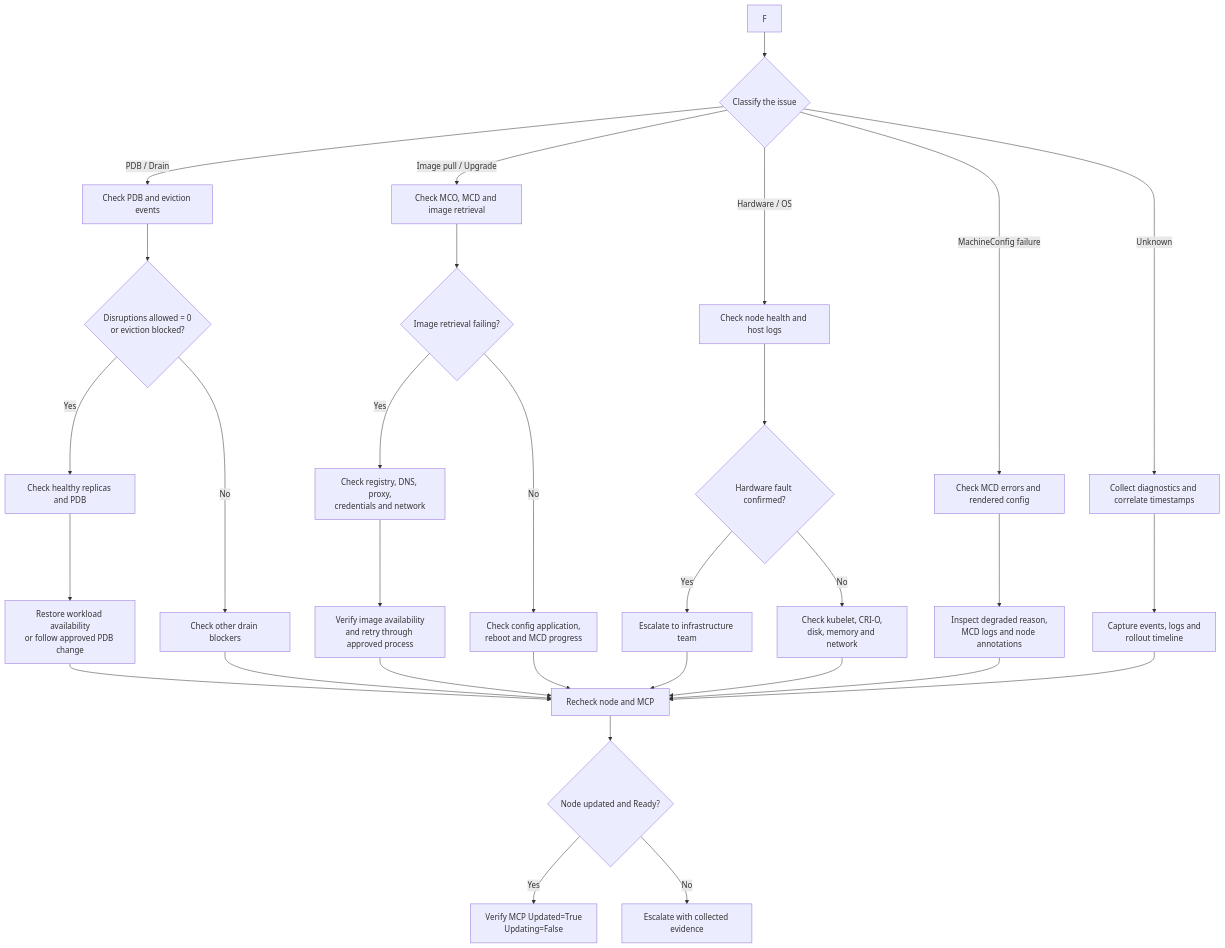
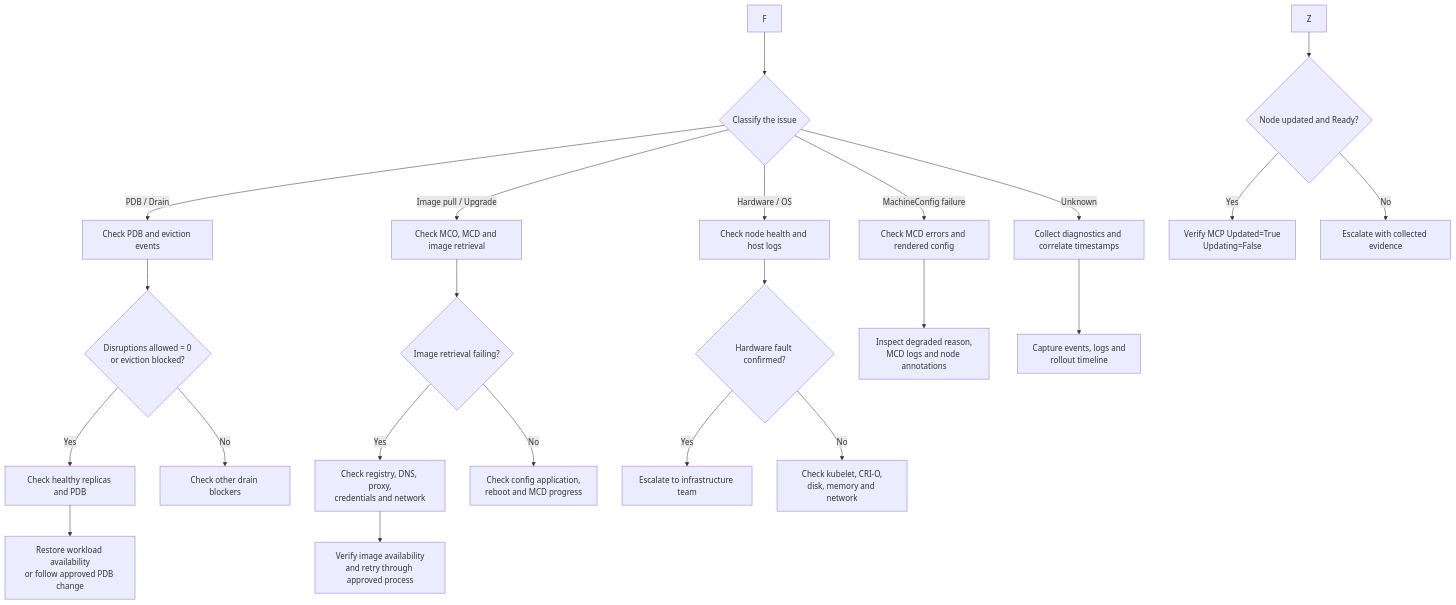
Before and after one commit to vineetsunny/SystemMemoryExceedsReservation: the diagram in digram.md, drawn with Mermaid.

````diff
--- a/digram.md
+++ b/digram.md
@@ -1,40 +1,32 @@
 ```mermaid
 flowchart TD
     F --> G{"Classify the issue"}
 
     G -->|PDB / Drain| H["Check PDB and eviction events"]
     G -->|Image pull / Upgrade| I["Check MCO, MCD and image retrieval"]
     G -->|Hardware / OS| J["Check node health and host logs"]
     G -->|MachineConfig failure| K["Check MCD errors and rendered config"]
     G -->|Unknown| L["Collect diagnostics and correlate timestamps"]
 
     H --> M{"Disruptions allowed = 0<br/>or eviction blocked?"}
     M -->|Yes| N["Check healthy replicas and PDB"]
     N --> O["Restore workload availability<br/>or follow approved PDB change"]
     M -->|No| P["Check other drain blockers"]
 
     I --> Q{"Image retrieval failing?"}
     Q -->|Yes| R["Check registry, DNS, proxy,<br/>credentials and network"]
     R --> S["Verify image availability<br/>and retry through approved process"]
     Q -->|No| T["Check config application,<br/>reboot and MCD progress"]
 
     J --> U{"Hardware fault confirmed?"}
     U -->|Yes| V["Escalate to infrastructure team"]
     U -->|No| W["Check kubelet, CRI-O,<br/>disk, memory and network"]
 
     K --> X["Inspect degraded reason,<br/>MCD logs and node annotations"]
     L --> Y["Capture events, logs and<br/>rollout timeline"]
 
-    O --> Z["Recheck node and MCP"]
-    P --> Z
-    S --> Z
-    T --> Z
-    V --> Z
-    W --> Z
-    X --> Z
-    Y --> Z
 
     Z --> AA{"Node updated and Ready?"}
     AA -->|Yes| AB["Verify MCP Updated=True<br/>Updating=False"]
     AA -->|No| AC["Escalate with collected evidence"]
 ```
````
